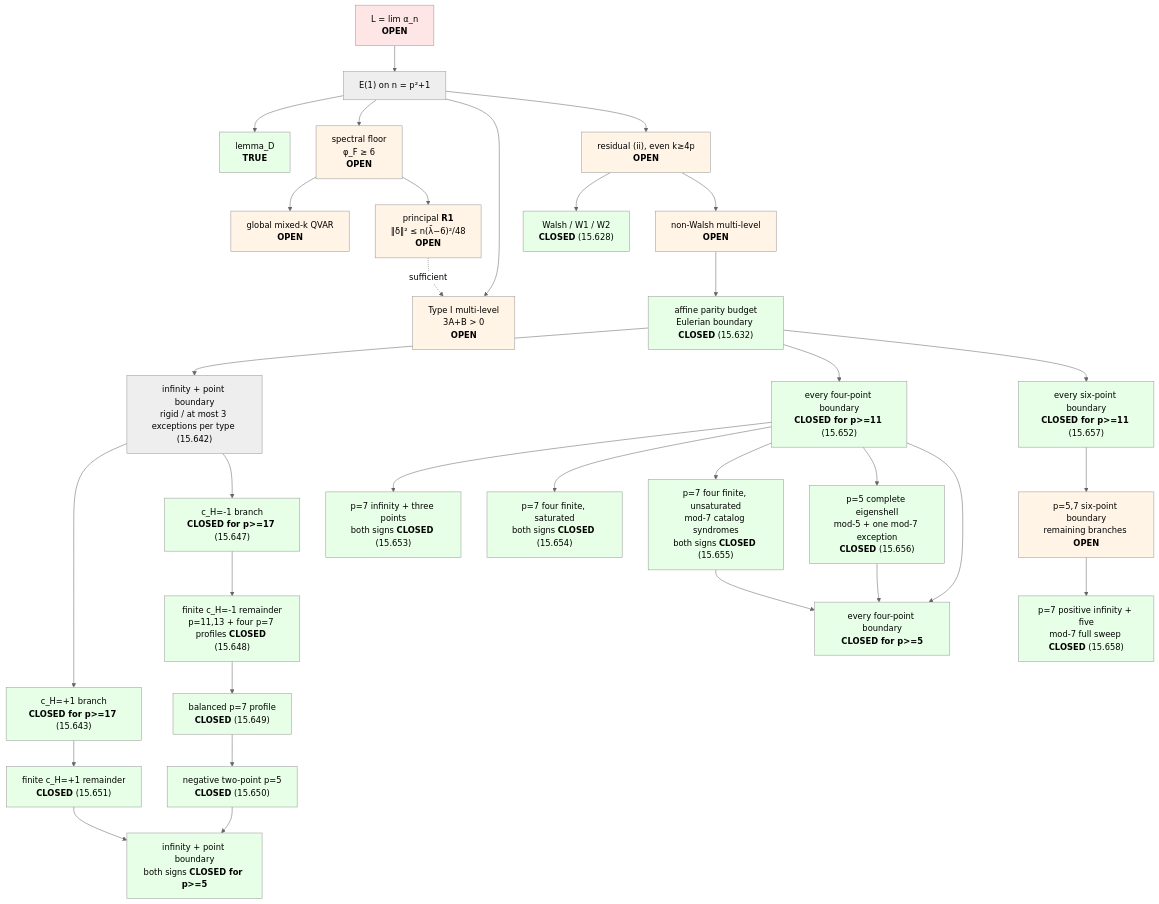
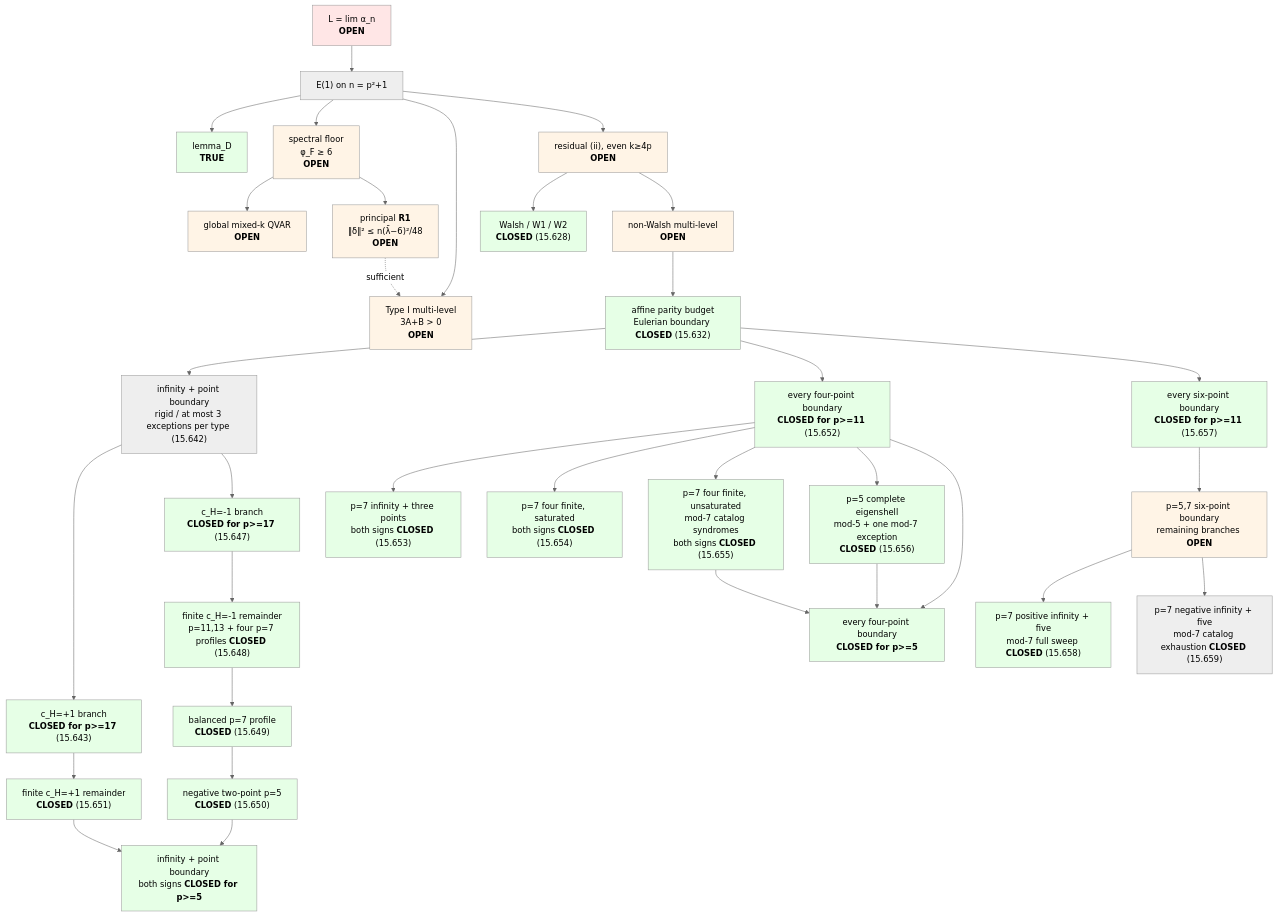
Before and after one commit to luckyseoul/quadratic-minmax-limit: the diagram in README.md, drawn with Mermaid (neutral theme). The commit also changed other lines of this file and 16 other files, not shown here.

Commit message:
Exclude negative p7 infinity size-six boundaries

````diff
--- a/README.md
+++ b/README.md
@@ -148,60 +152,61 @@
 ```mermaid
 graph TD
     L["L = lim α_n<br/><b>OPEN</b>"] --> E1["E(1) on n = p²+1"]
     E1 --> D["lemma_D<br/><b>TRUE</b>"]
     E1 --> FLOOR["spectral floor<br/>φ_F ≥ 6<br/><b>OPEN</b>"]
     FLOOR --> QVAR["global mixed-k QVAR<br/><b>OPEN</b>"]
     FLOOR --> R1["principal <b>R1</b><br/>‖δ‖² ≤ n(λ̄−6)²/48<br/><b>OPEN</b>"]
     E1 --> TYPEI["Type I multi-level<br/>3A+B > 0<br/><b>OPEN</b>"]
     R1 -. sufficient .-> TYPEI
     E1 --> RES["residual (ii), even k≥4p<br/><b>OPEN</b>"]
     RES --> WALSH["Walsh / W1 / W2<br/><b>CLOSED</b> (15.628)"]
     RES --> MULTI["non-Walsh multi-level<br/><b>OPEN</b>"]
     MULTI --> BUDGET["affine parity budget<br/>Eulerian boundary <b>CLOSED</b> (15.632)"]
     BUDGET --> RIGID["infinity + point boundary<br/>rigid / at most 3 exceptions per type (15.642)"]
     RIGID --> POSKILL["c_H=+1 branch<br/><b>CLOSED for p>=17</b> (15.643)"]
     POSKILL --> POSFINITE["finite c_H=+1 remainder<br/><b>CLOSED</b> (15.651)"]
     RIGID --> NEGKILL["c_H=-1 branch<br/><b>CLOSED for p>=17</b> (15.647)"]
     NEGKILL --> NEGFINITE["finite c_H=-1 remainder<br/>p=11,13 + four p=7 profiles <b>CLOSED</b> (15.648)"]
     NEGFINITE --> P7BAL["balanced p=7 profile<br/><b>CLOSED</b> (15.649)"]
     P7BAL --> P5NEG["negative two-point p=5<br/><b>CLOSED</b> (15.650)"]
     POSFINITE --> TWOPT["infinity + point boundary<br/>both signs <b>CLOSED for p>=5</b>"]
     P5NEG --> TWOPT
     BUDGET --> FOUR["every four-point boundary<br/><b>CLOSED for p>=11</b> (15.652)"]
     FOUR --> P7INF["p=7 infinity + three points<br/>both signs <b>CLOSED</b> (15.653)"]
     FOUR --> P7SAT["p=7 four finite, saturated<br/>both signs <b>CLOSED</b> (15.654)"]
     FOUR --> P7MOD["p=7 four finite, unsaturated<br/>mod-7 catalog syndromes<br/>both signs <b>CLOSED</b> (15.655)"]
     FOUR --> P5FULL["p=5 complete eigenshell<br/>mod-5 + one mod-7 exception<br/><b>CLOSED</b> (15.656)"]
     FOUR --> ALL4["every four-point boundary<br/><b>CLOSED for p>=5</b>"]
     P7MOD --> ALL4
     P5FULL --> ALL4
     BUDGET --> SIX["every six-point boundary<br/><b>CLOSED for p>=11</b> (15.657)"]
     SIX --> P57SIX["p=5,7 six-point boundary<br/>remaining branches <b>OPEN</b>"]
     P57SIX --> P7POSINF["p=7 positive infinity + five<br/>mod-7 full sweep <b>CLOSED</b> (15.658)"]
+    P57SIX --> P7NEGINF["p=7 negative infinity + five<br/>mod-7 catalog exhaustion <b>CLOSED</b> (15.659)"]
     style L fill:#ffe6e6
     style D fill:#e6ffe6
     style FLOOR fill:#fff4e6
     style QVAR fill:#fff4e6
     style R1 fill:#fff4e6
     style TYPEI fill:#fff4e6
     style RES fill:#fff4e6
     style WALSH fill:#e6ffe6
     style MULTI fill:#fff4e6
     style BUDGET fill:#e6ffe6
     style SIX fill:#e6ffe6
     style P57SIX fill:#fff4e6
     style P7POSINF fill:#e6ffe6
     style P7BAL fill:#e6ffe6
     style P5NEG fill:#e6ffe6
     style POSFINITE fill:#e6ffe6
     style FOUR fill:#e6ffe6
     style P7INF fill:#e6ffe6
     style P7SAT fill:#e6ffe6
     style P7MOD fill:#e6ffe6
     style P5FULL fill:#e6ffe6
     style ALL4 fill:#e6ffe6
     style TWOPT fill:#e6ffe6
     style POSKILL fill:#e6ffe6
     style NEGKILL fill:#e6ffe6
     style NEGFINITE fill:#e6ffe6
 ```
````
